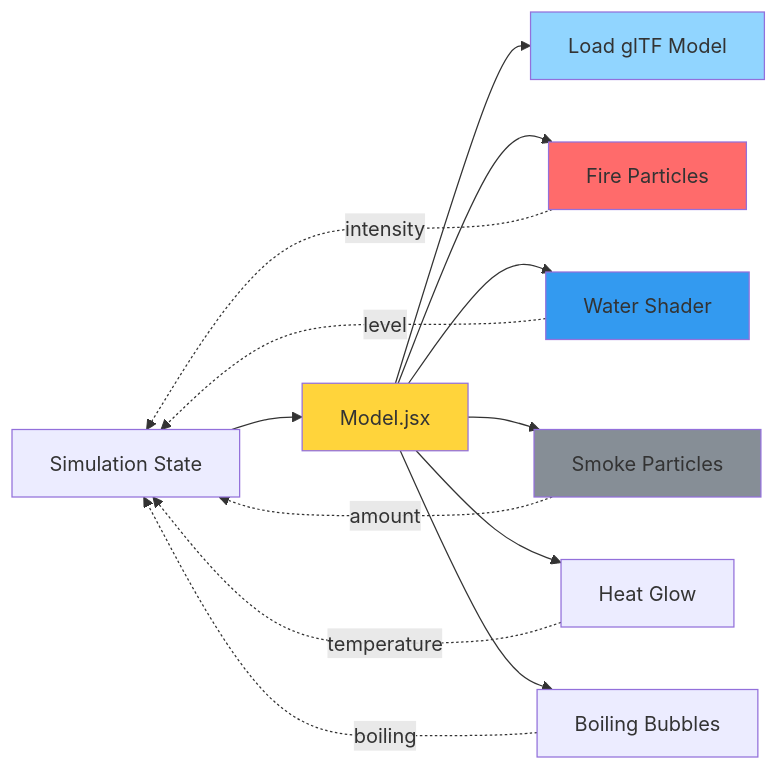
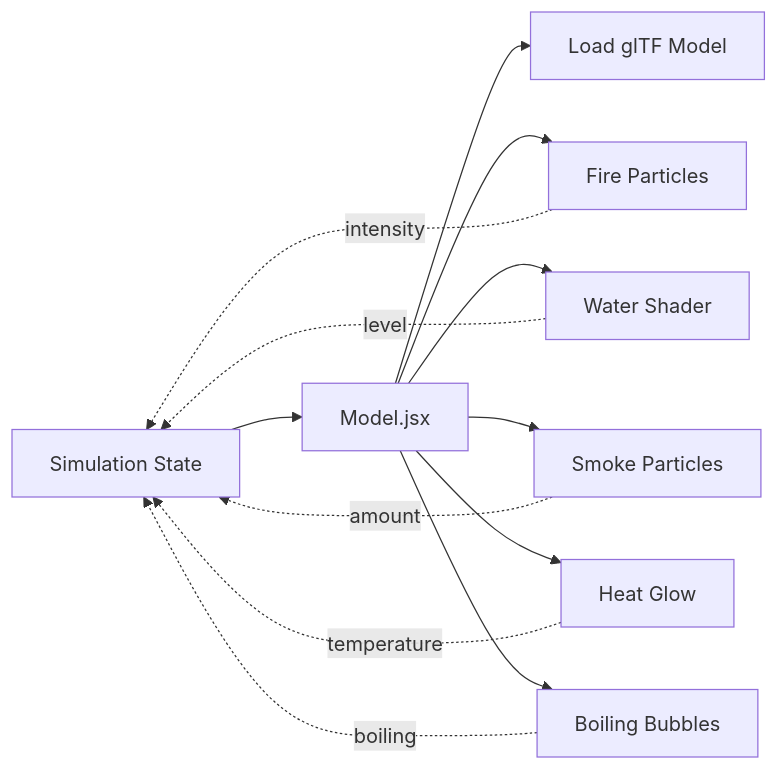
Before and after one commit to Divesh-Kshirsagar/BIMCS: the third of 7 diagrams in docs/frontend.md, drawn with Mermaid. The commit also changed other lines of this file and 7 other files, not shown here.

Commit message:
refactor: remove unnecessary style definitions from documentation diagrams

````diff
--- a/docs/frontend.md
+++ b/docs/frontend.md
@@ -149,23 +146,19 @@
 ```mermaid
 graph LR
     State[Simulation State] --> Model[Model.jsx]
     
     Model --> Load[Load glTF Model]
     Model --> Fire[Fire Particles]
     Model --> Water[Water Shader]
     Model --> Smoke[Smoke Particles]
     Model --> Glow[Heat Glow]
     Model --> Bubbles[Boiling Bubbles]
     
     Fire -.intensity.-> State
     Water -.level.-> State
     Smoke -.amount.-> State
     Glow -.temperature.-> State
     Bubbles -.boiling.-> State
     
-    style Model fill:#ffd43b
-    style Load fill:#91d5ff
-    style Fire fill:#ff6b6b
-    style Water fill:#339af0
-    style Smoke fill:#868e96
+
 ```
````
